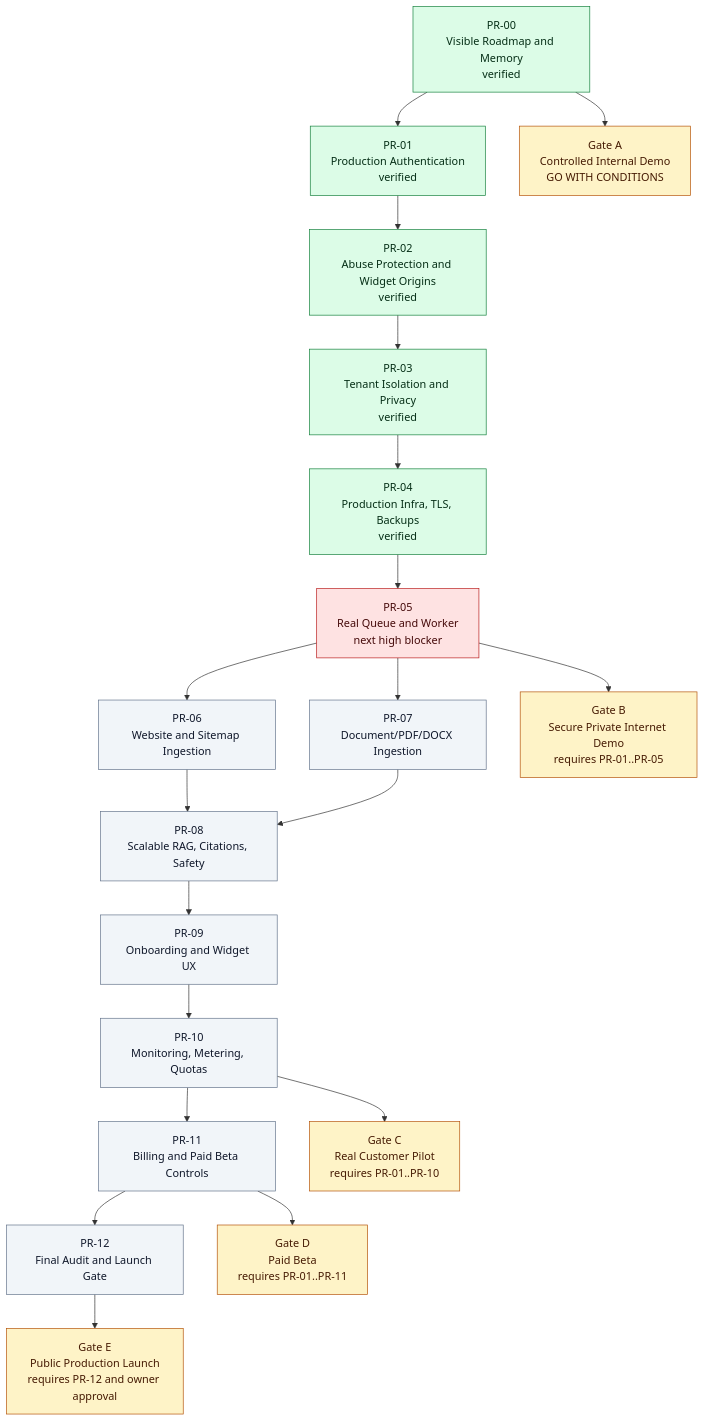
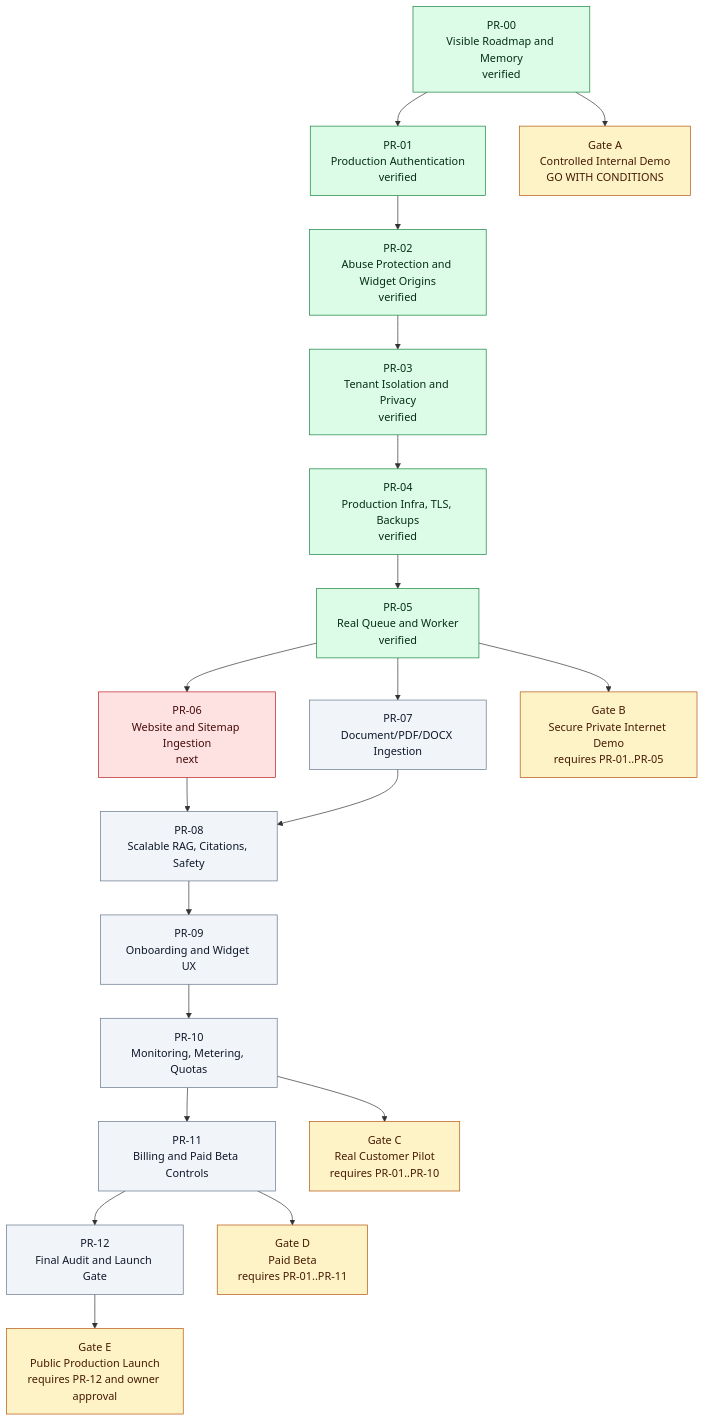
One commit to Tauhid-dev/AI-Magnet changed the diagram in production-control/03_PHASE_DEPENDENCY_GRAPH.md. Above: the diagram before and after it, drawn with Mermaid. The commit also changed other lines of this file and 44 other files, not shown here.

Commit message:
Production phase PR-05: async worker queue

````diff
--- a/production-control/03_PHASE_DEPENDENCY_GRAPH.md
+++ b/production-control/03_PHASE_DEPENDENCY_GRAPH.md
@@ -5,45 +5,45 @@
 ```mermaid
 flowchart TB
     PR00["PR-00<br/>Visible Roadmap and Memory<br/>verified"]
     PR01["PR-01<br/>Production Authentication<br/>verified"]
     PR02["PR-02<br/>Abuse Protection and Widget Origins<br/>verified"]
     PR03["PR-03<br/>Tenant Isolation and Privacy<br/>verified"]
     PR04["PR-04<br/>Production Infra, TLS, Backups<br/>verified"]
-    PR05["PR-05<br/>Real Queue and Worker<br/>next high blocker"]
-    PR06["PR-06<br/>Website and Sitemap Ingestion"]
+    PR05["PR-05<br/>Real Queue and Worker<br/>verified"]
+    PR06["PR-06<br/>Website and Sitemap Ingestion<br/>next"]
     PR07["PR-07<br/>Document/PDF/DOCX Ingestion"]
     PR08["PR-08<br/>Scalable RAG, Citations, Safety"]
     PR09["PR-09<br/>Onboarding and Widget UX"]
     PR10["PR-10<br/>Monitoring, Metering, Quotas"]
     PR11["PR-11<br/>Billing and Paid Beta Controls"]
     PR12["PR-12<br/>Final Audit and Launch Gate"]
 
     GateA["Gate A<br/>Controlled Internal Demo<br/>GO WITH CONDITIONS"]
     GateB["Gate B<br/>Secure Private Internet Demo<br/>requires PR-01..PR-05"]
     GateC["Gate C<br/>Real Customer Pilot<br/>requires PR-01..PR-10"]
     GateD["Gate D<br/>Paid Beta<br/>requires PR-01..PR-11"]
     GateE["Gate E<br/>Public Production Launch<br/>requires PR-12 and owner approval"]
 
     PR00 --> PR01 --> PR02 --> PR03 --> PR04 --> PR05
     PR05 --> PR06
     PR05 --> PR07
     PR06 --> PR08
     PR07 --> PR08
     PR08 --> PR09 --> PR10 --> PR11 --> PR12
 
     PR00 --> GateA
     PR05 --> GateB
     PR10 --> GateC
     PR11 --> GateD
     PR12 --> GateE
 
     classDef verified fill:#dcfce7,stroke:#15803d,color:#052e16
     classDef blocker fill:#fee2e2,stroke:#b91c1c,color:#450a0a
     classDef notStarted fill:#f1f5f9,stroke:#64748b,color:#0f172a
     classDef gate fill:#fef3c7,stroke:#b45309,color:#451a03
 
-    class PR00,PR01,PR02,PR03,PR04 verified
-    class PR05 blocker
-    class PR06,PR07,PR08,PR09,PR10,PR11,PR12 notStarted
+    class PR00,PR01,PR02,PR03,PR04,PR05 verified
+    class PR06 blocker
+    class PR07,PR08,PR09,PR10,PR11,PR12 notStarted
     class GateA,GateB,GateC,GateD,GateE gate
 ```
````
